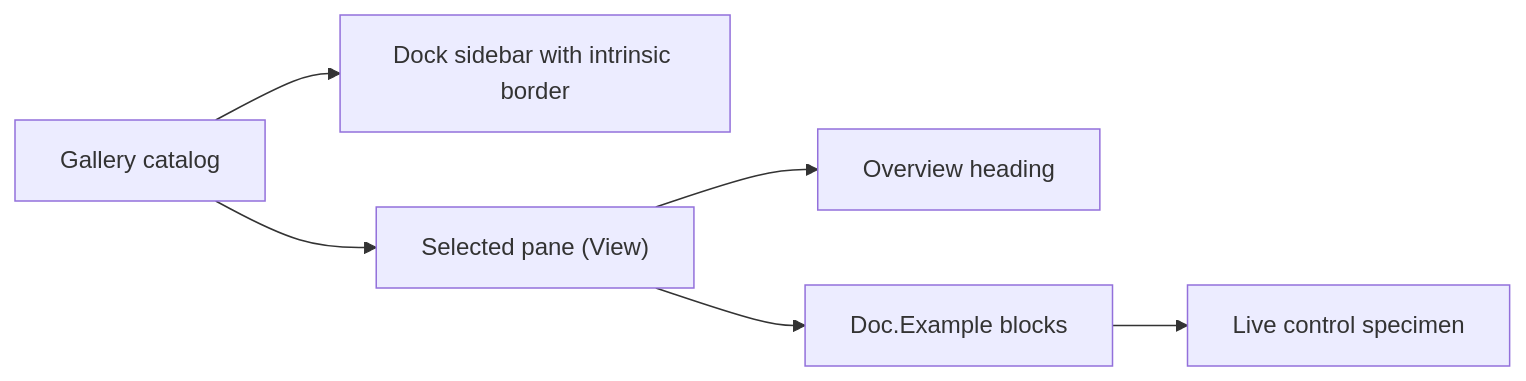
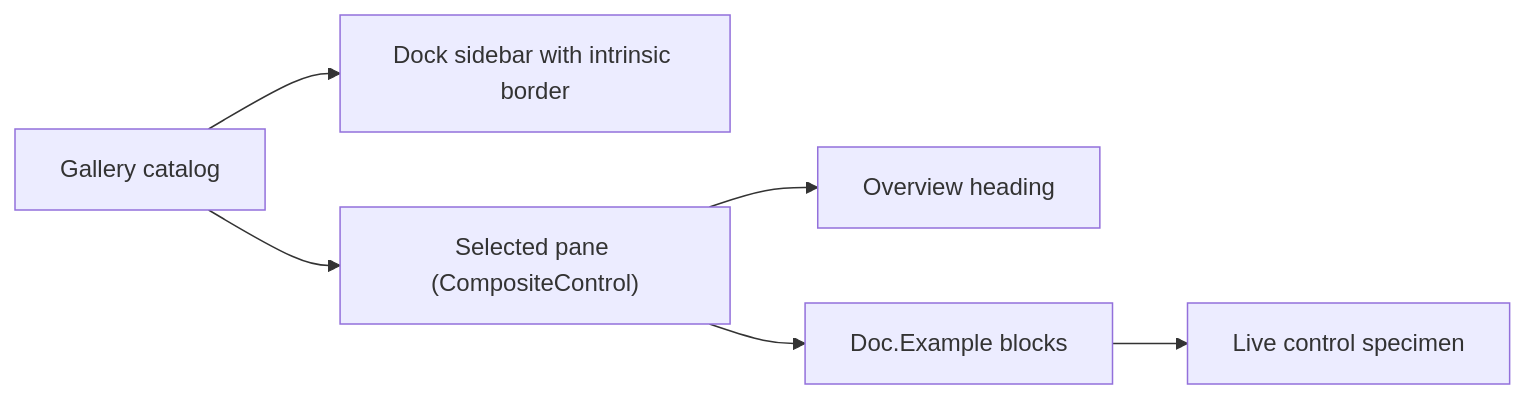
The diagram in docs/architecture/showcase.md (pavkam/sharp-vision), drawn with Mermaid before and after one commit. The commit also changed other lines of this file and 83 other files, not shown here.

````diff
--- a/docs/architecture/showcase.md
+++ b/docs/architecture/showcase.md
@@ -8,8 +8,8 @@
 ```mermaid
 flowchart LR
     Gallery["Gallery catalog"] --> Sidebar["Dock sidebar with intrinsic border"]
-    Gallery --> Page["Selected pane (View)"]
+    Gallery --> Page["Selected pane (CompositeControl)"]
     Page --> Overview["Overview heading"]
     Page --> Example["Doc.Example blocks"]
     Example --> Specimen["Live control specimen"]
 ```
````
